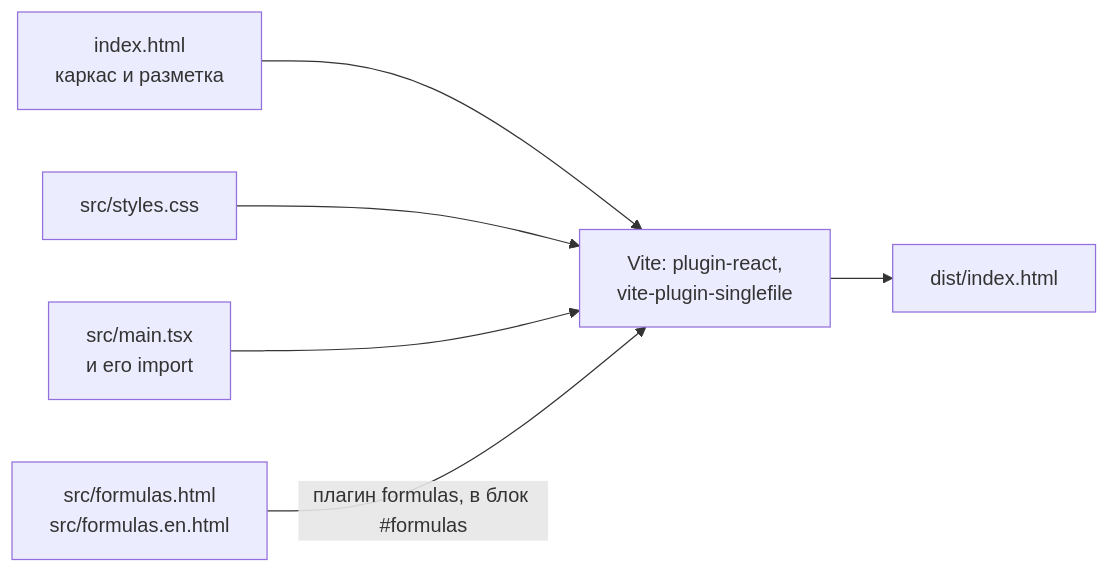
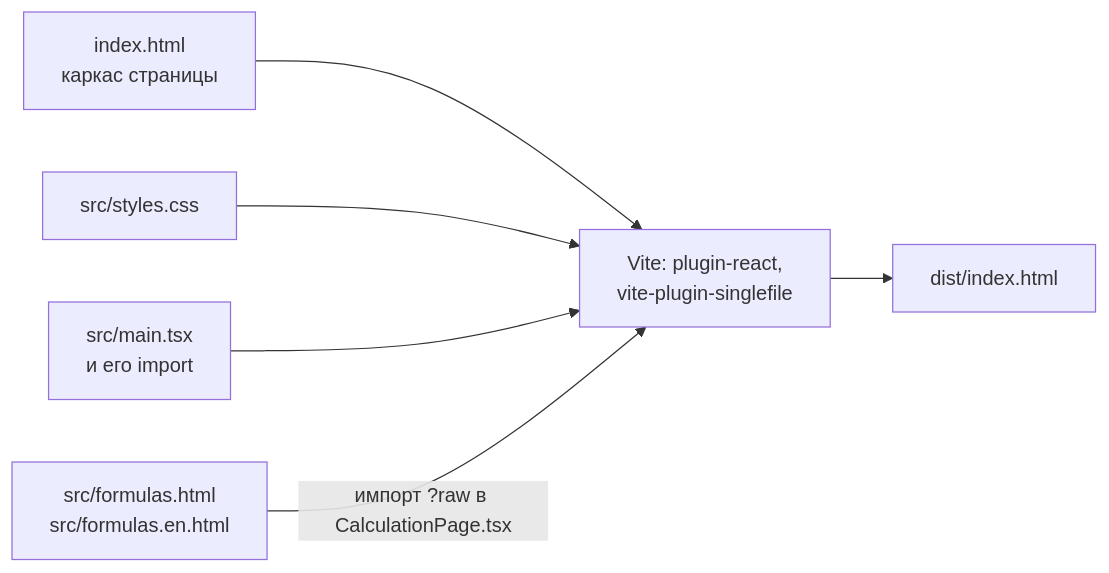
The diagram in docs/architecture/modules/build.md (SergeyKrasnoslobodtsev/camera-calc), drawn with Mermaid before and after one commit. The commit also changed other lines of this file and 5 other files, not shown here.

````diff
--- a/docs/architecture/modules/build.md
+++ b/docs/architecture/modules/build.md
@@ -9,8 +9,8 @@
 ```mermaid
 flowchart LR
-    page["index.html<br>каркас и разметка"] --> vite
+    page["index.html<br>каркас страницы"] --> vite
     css["src/styles.css"] --> vite
     init["src/main.tsx<br>и его import"] --> vite
-    formulas["src/formulas.html<br>src/formulas.en.html"] -->|плагин formulas, в блок #formulas| vite
+    formulas["src/formulas.html<br>src/formulas.en.html"] -->|импорт ?raw в CalculationPage.tsx| vite
     vite["Vite: plugin-react,<br>vite-plugin-singlefile"] --> html["dist/index.html"]
 ```
````
